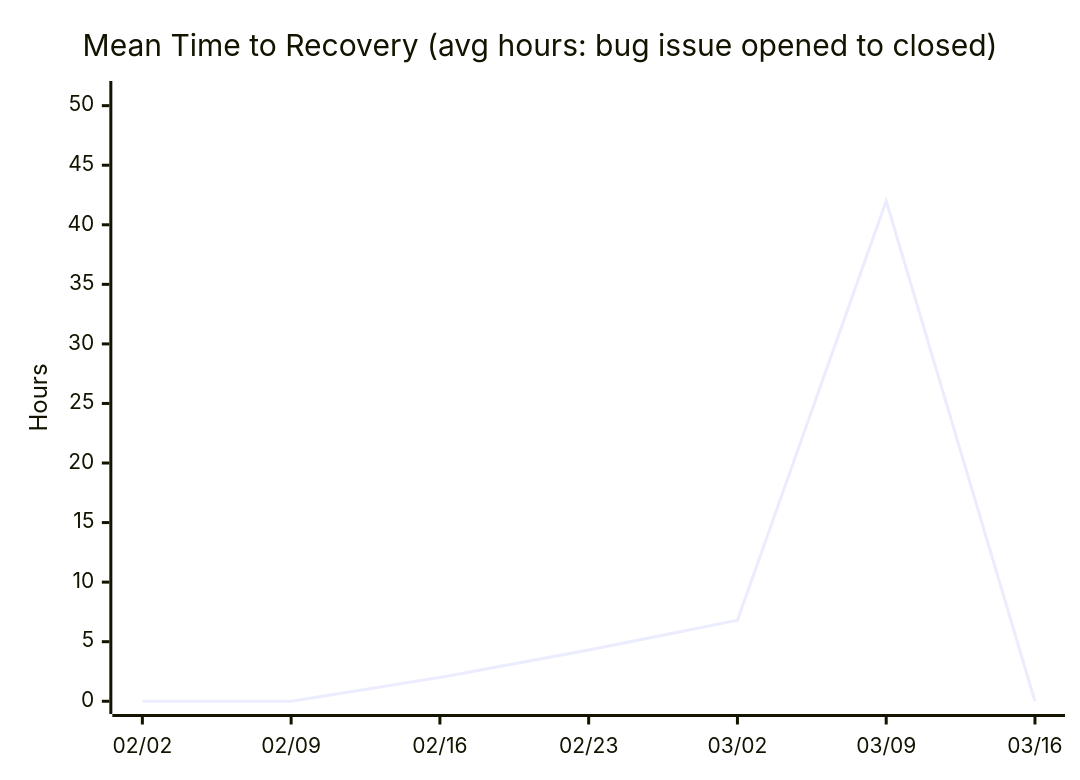
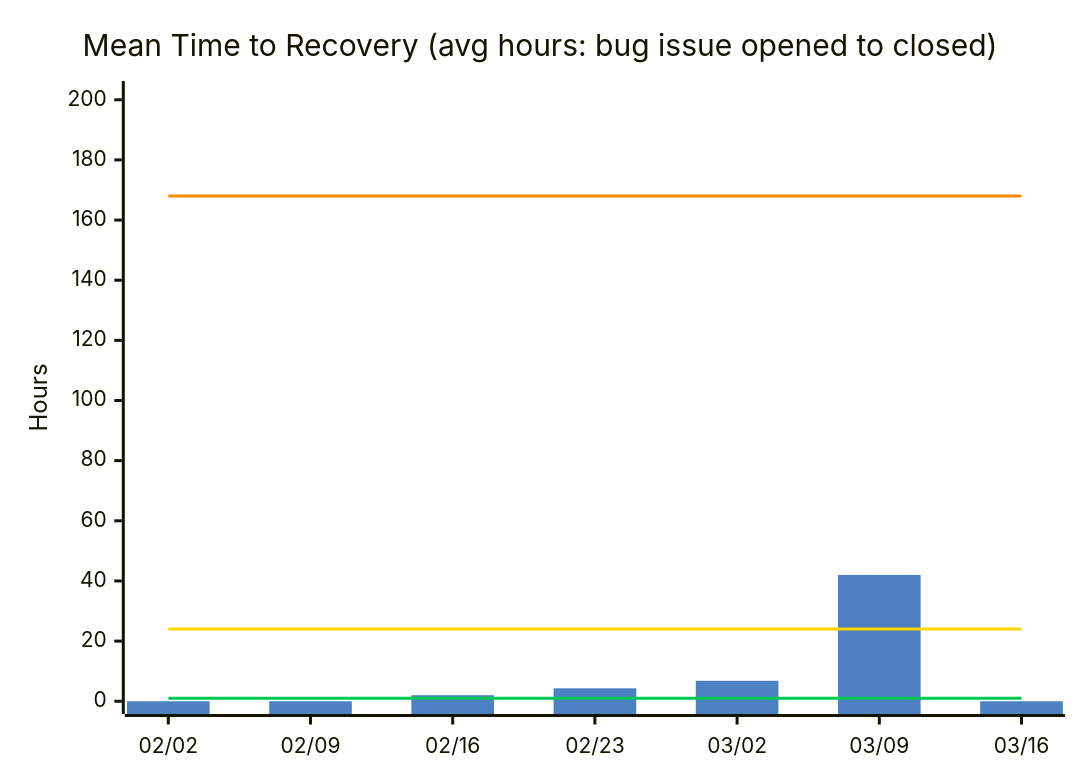
Before and after one commit to nablarch/nabledge-dev: the fourth of 14 diagrams in docs/metrics.md, drawn with Mermaid. The commit also changed other lines of this file, not shown here.

````diff
--- a/docs/metrics.md
+++ b/docs/metrics.md
@@ -66,7 +73,11 @@
 ```mermaid
+%%{init: {'theme': 'base', 'themeVariables': {'xyChart': {'plotColorPalette': '#4C82C3,#00C853,#FFD600,#FF8C00'}}}}%%
 xychart-beta
   title "Mean Time to Recovery (avg hours: bug issue opened to closed)"
   x-axis ["02/02", "02/09", "02/16", "02/23", "03/02", "03/09", "03/16"]
-  y-axis "Hours" 0 --> 51
-  line [0, 0, 2, 4.3, 6.8, 42, 0]
+  y-axis "Hours" 0 --> 202
+  bar [0, 0, 2, 4.3, 6.8, 42, 0]
+  line [1, 1, 1, 1, 1, 1, 1]
+  line [24, 24, 24, 24, 24, 24, 24]
+  line [168, 168, 168, 168, 168, 168, 168]
 ```
````
